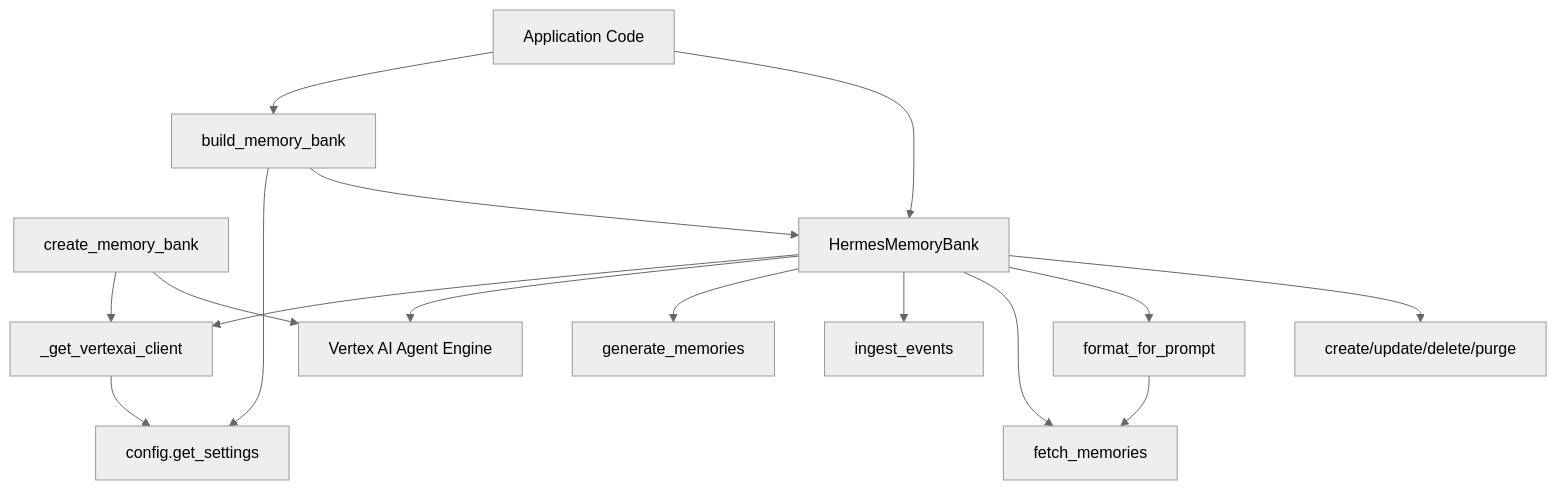
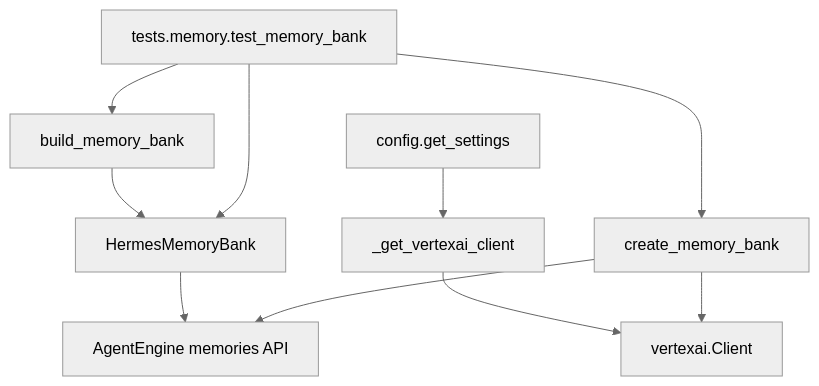
Before and after one commit to unrealandychan/gcp-hermes-agnet: the first of 2 diagrams in .rekipedia/wiki/architecture.md, drawn with Mermaid (neutral theme). The commit also changed other lines of this file and 15 other files, not shown here.

````diff
--- a/.rekipedia/wiki/architecture.md
+++ b/.rekipedia/wiki/architecture.md
@@ -21,31 +19,21 @@
 ```mermaid
 flowchart TD
-    App[Application Code]
+    Settings[config.get_settings]
+    ClientFactory[_get_vertexai_client]
+    Bank[HermesMemoryBank]
     Build[build_memory_bank]
     Create[create_memory_bank]
-    Bank[HermesMemoryBank]
-    Client[_get_vertexai_client]
-    Settings[config.get_settings]
-    Vertex[Vertex AI Agent Engine]
-    Prompt[format_for_prompt]
-    Fetch[fetch_memories]
-    Gen[generate_memories]
-    Ingest[ingest_events]
-    CRUD[create/update/delete/purge]
+    VertexAI[vertexai.Client]
+    Memories[AgentEngine memories API]
+    Tests[tests.memory.test_memory_bank]
 
-    App --> Build
-    App --> Bank
-    Build --> Settings
+    Settings --> ClientFactory
+    ClientFactory --> VertexAI
     Build --> Bank
-    Bank --> Client
-    Client --> Settings
-    Bank --> Vertex
-    Create --> Client
-    Create --> Vertex
-    Bank --> Gen
-    Bank --> Ingest
-    Bank --> Fetch
-    Bank --> Prompt
-    Bank --> CRUD
-    Prompt --> Fetch
+    Bank --> Memories
+    Create --> VertexAI
+    Create --> Memories
+    Tests --> Bank
+    Tests --> Build
+    Tests --> Create
 ```
````
